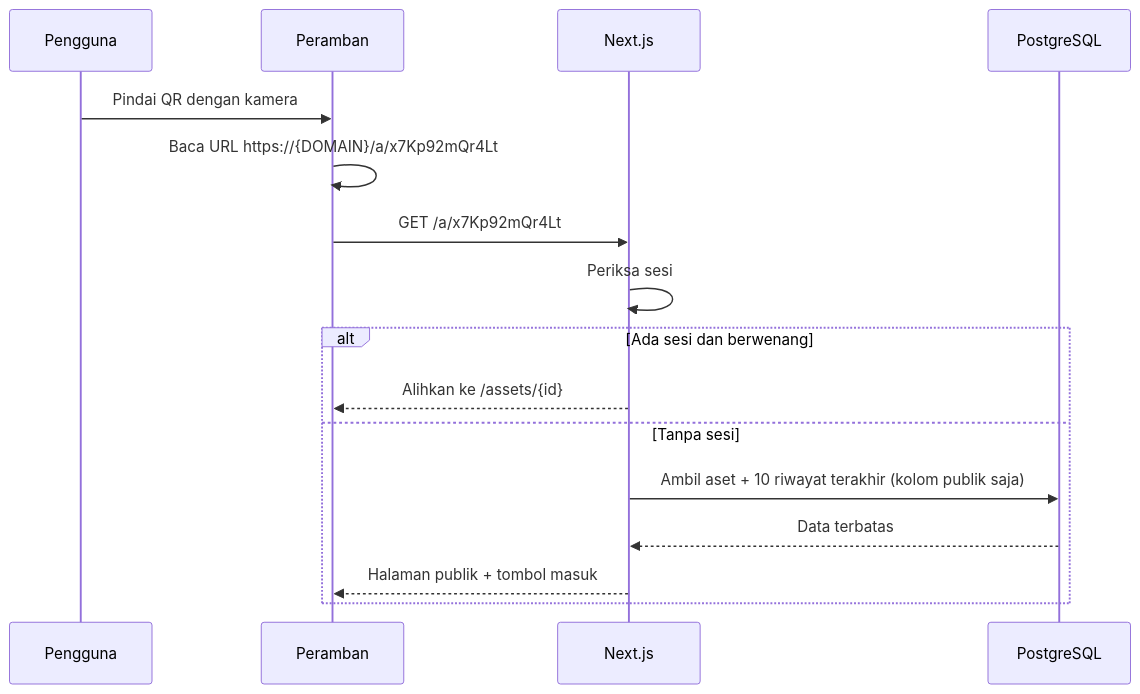
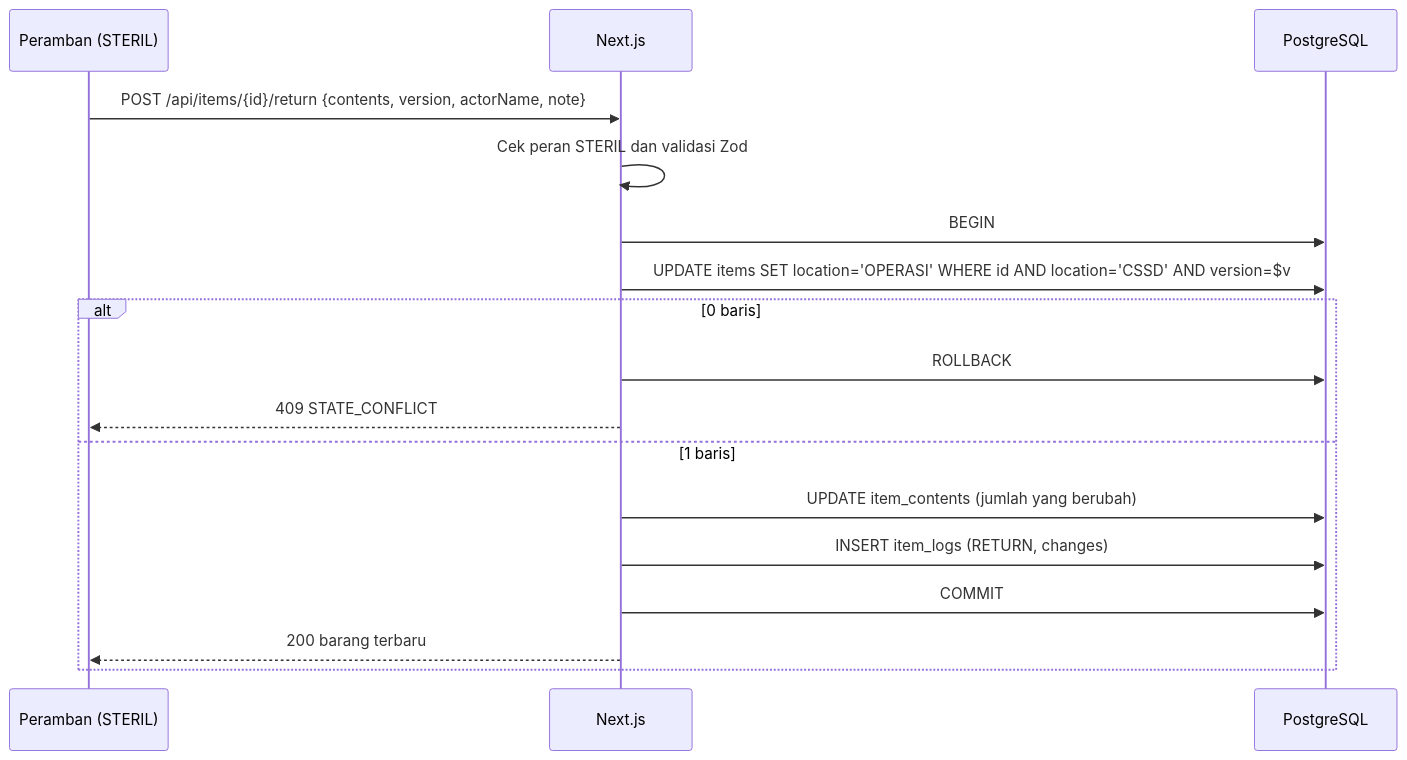
The second of 3 diagrams in docs/04-technical-architecture.md (mferdinandr/inventory-management), drawn with Mermaid before and after one commit. The commit also changed other lines of this file and 229 other files, not shown here.

````diff
--- a/docs/04-technical-architecture.md
+++ b/docs/04-technical-architecture.md
@@ -205,19 +113,20 @@
 ```mermaid
 sequenceDiagram
-    participant U as Pengguna
-    participant B as Peramban
+    participant B as Peramban (STERIL)
     participant N as Next.js
     participant DB as PostgreSQL
 
-    U->>B: Pindai QR dengan kamera
-    B->>B: Baca URL https://{DOMAIN}/a/x7Kp92mQr4Lt
-    B->>N: GET /a/x7Kp92mQr4Lt
-    N->>N: Periksa sesi
-    alt Ada sesi dan berwenang
-        N-->>B: Alihkan ke /assets/{id}
-    else Tanpa sesi
-        N->>DB: Ambil aset + 10 riwayat terakhir (kolom publik saja)
-        DB-->>N: Data terbatas
-        N-->>B: Halaman publik + tombol masuk
+    B->>N: POST /api/items/{id}/return {contents, version, actorName, note}
+    N->>N: Cek peran STERIL dan validasi Zod
+    N->>DB: BEGIN
+    N->>DB: UPDATE items SET location='OPERASI' WHERE id AND location='CSSD' AND version=$v
+    alt 0 baris
+        N->>DB: ROLLBACK
+        N-->>B: 409 STATE_CONFLICT
+    else 1 baris
+        N->>DB: UPDATE item_contents (jumlah yang berubah)
+        N->>DB: INSERT item_logs (RETURN, changes)
+        N->>DB: COMMIT
+        N-->>B: 200 barang terbaru
     end
 ```
````
